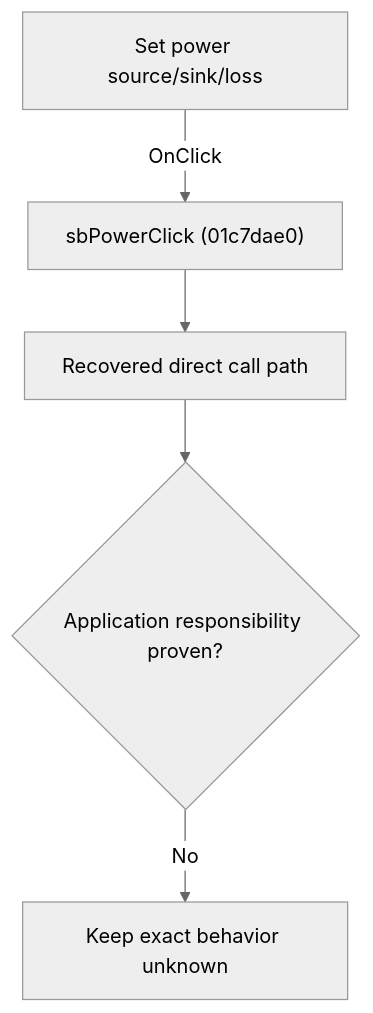
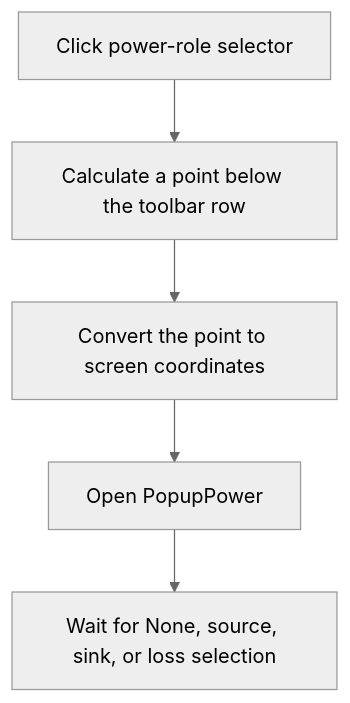
One commit to MovGP0/TIARA changed the diagram in docs/ui-controls/schematiceditor/sbpower-1d1b7babdb.md. Above: the diagram before and after it, drawn with Mermaid (neutral theme). The commit also changed other lines of this file and 241 other files, not shown here.

````diff
--- a/docs/ui-controls/schematiceditor/sbpower-1d1b7babdb.md
+++ b/docs/ui-controls/schematiceditor/sbpower-1d1b7babdb.md
@@ -27,7 +25,7 @@
 ```mermaid
 flowchart TD
-    control["Set power source/sink/loss"] -->|"OnClick"| handler["sbPowerClick (01c7dae0)"]
-    handler --> recovered["Recovered direct call path"]
-    recovered --> gap{"Application responsibility proven?"}
-    gap -->|"No"| blocked["Keep exact behavior unknown"]
+    control["Click power-role selector"] --> point["Calculate a point below the toolbar row"]
+    point --> screen["Convert the point to screen coordinates"]
+    screen --> popup["Open PopupPower"]
+    popup --> choice["Wait for None, source, sink, or loss selection"]
 ```
````
